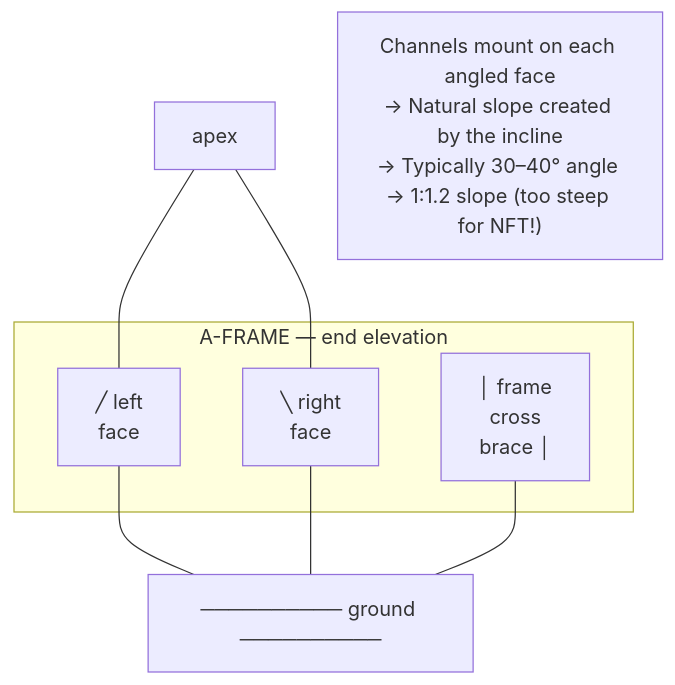
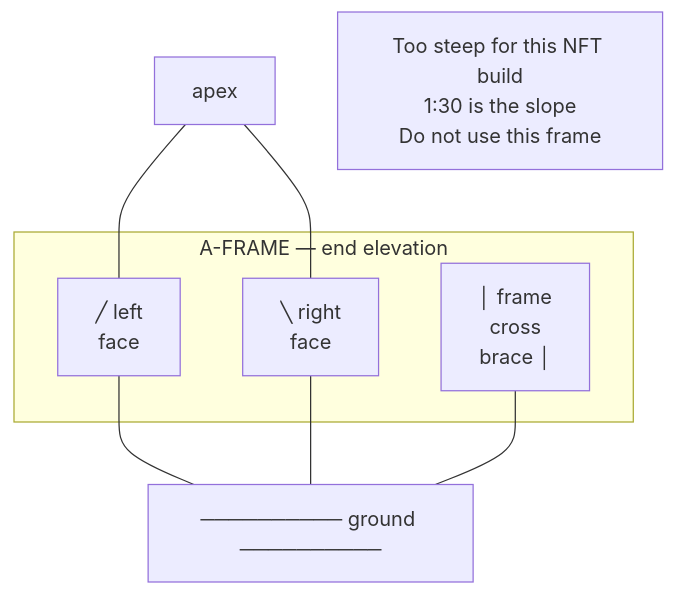
Before and after one commit to UncleJS/guide_hydroponics: the seventh of 17 diagrams in guide/nft/11-build-guide.md, drawn with Mermaid. The commit also changed other lines of this file and 35 other files, not shown here.

````diff
--- a/guide/nft/11-build-guide.md
+++ b/guide/nft/11-build-guide.md
@@ -345,15 +345,15 @@
 ```mermaid
 flowchart TD
     APEX["apex"]
     subgraph aframe["A-FRAME — end elevation"]
         LEFTLEG["╱ left<br/>  face"]
         RIGHTLEG["╲ right<br/>     face"]
         BRACE["│ frame<br/>  cross<br/>  brace │"]
     end
     APEX --- LEFTLEG
     APEX --- RIGHTLEG
     LEFTLEG --- GND["────────── ground ──────────"]
     RIGHTLEG --- GND
     BRACE --- GND
-    note1["Channels mount on each angled face<br/>→ Natural slope created by the incline<br/>→ Typically 30–40° angle → 1:1.2 slope (too steep for NFT!)"]
+    note1["Too steep for this NFT build<br/>1:30 is the slope<br/>Do not use this frame"]
 ```
````
